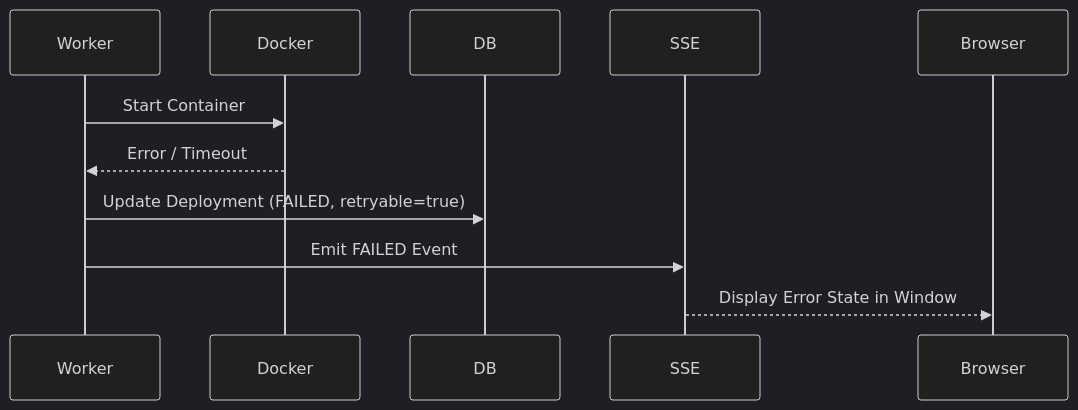
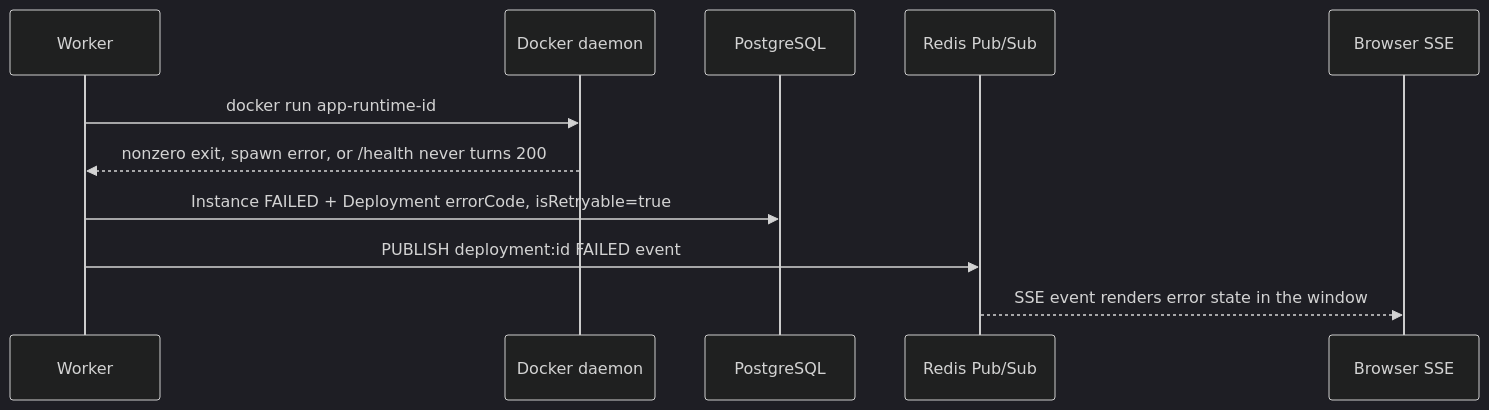
Diagram 11 of 12 in docs/architecture.md (Rahulwagh07/orbit), drawn with Mermaid (dark theme) before and after one commit. The commit also changed other lines of this file, not shown here.

Commit message:
docs(architecture): rewrite architecture doc to match current codebase and fix mermaid diagrams

````diff
--- a/docs/architecture.md
+++ b/docs/architecture.md
@@ -176,13 +309,14 @@
 ```mermaid
 sequenceDiagram
-    participant Worker
-    participant Docker
-    participant DB
-    participant SSE
+    participant W as Worker
+    participant D as Docker daemon
+    participant DB as PostgreSQL
+    participant R as Redis Pub/Sub
+    participant B as Browser SSE
 
-    Worker->>Docker: Start Container
-    Docker-->>Worker: Error / Timeout
-    Worker->>DB: Update Deployment (FAILED, retryable=true)
-    Worker->>SSE: Emit FAILED Event
-    SSE-->>Browser: Display Error State in Window
+    W->>D: docker run app-runtime-id
+    D-->>W: nonzero exit, spawn error, or /health never turns 200
+    W->>DB: Instance FAILED + Deployment errorCode, isRetryable=true
+    W->>R: PUBLISH deployment:id FAILED event
+    R-->>B: SSE event renders error state in the window
 ```
````
